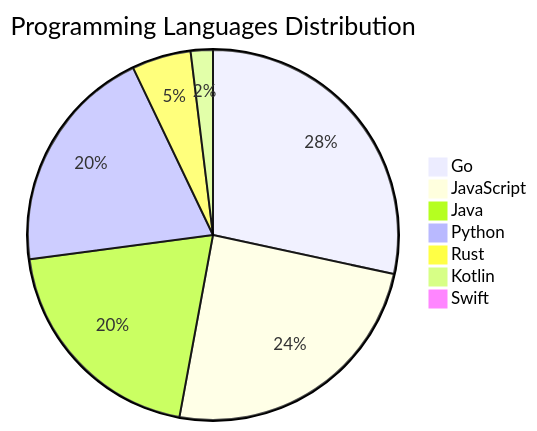
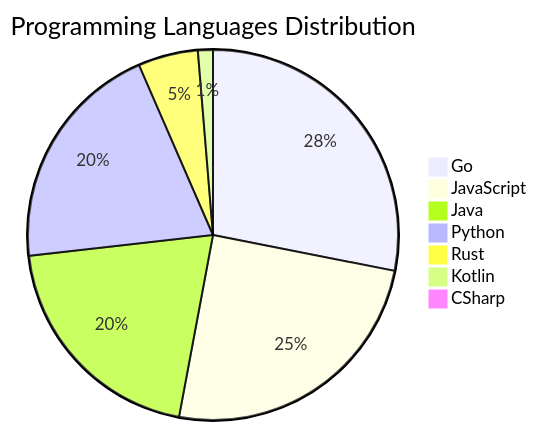
Before and after one commit to Derrick-MUGISHA/github-activity-bot: the diagram in README.md, drawn with Mermaid. The commit also changed other lines of this file and 4 other files, not shown here.

````diff
--- a/README.md
+++ b/README.md
@@ -207,10 +207,10 @@
 ```mermaid
 pie title Programming Languages Distribution
-    "Go" : 44
+    "Go" : 43
     "JavaScript" : 38
     "Java" : 31
     "Python" : 31
     "Rust" : 8
-    "Kotlin" : 3
-    "Swift" : 1
+    "Kotlin" : 2
+    "CSharp" : 1
 ```
````
